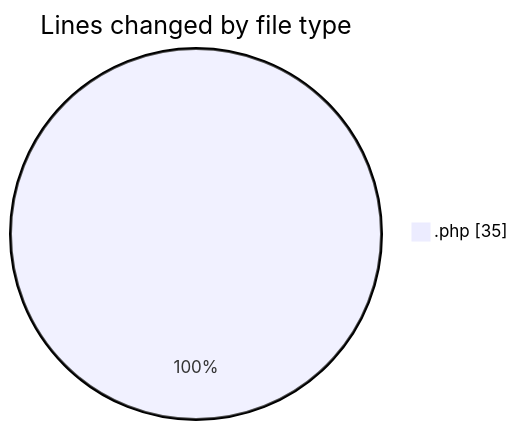
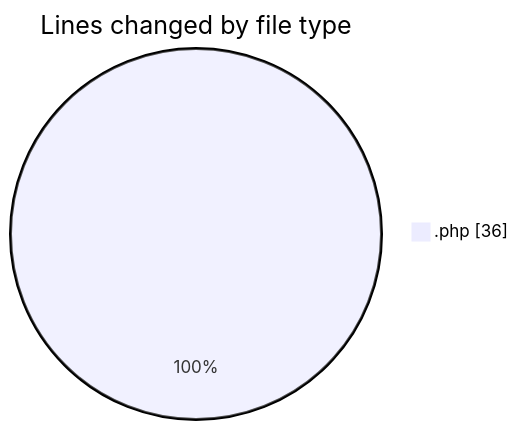
Before and after one commit to LanceThiago/code-tracking: the first of 2 diagrams in 2025-05-14/web/README.md, drawn with Mermaid. The commit also changed other lines of this file and 1 other file, not shown here.

````diff
--- a/2025-05-14/web/README.md
+++ b/2025-05-14/web/README.md
@@ -20,5 +20,5 @@
 ```mermaid
 pie showData
 title Lines changed by file type
-".php" : 35
+".php" : 36
 ```
````
